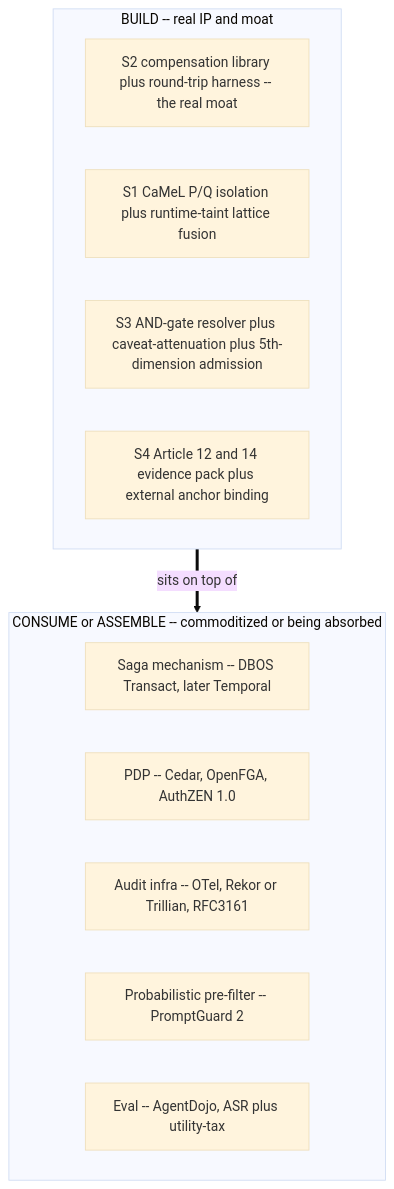
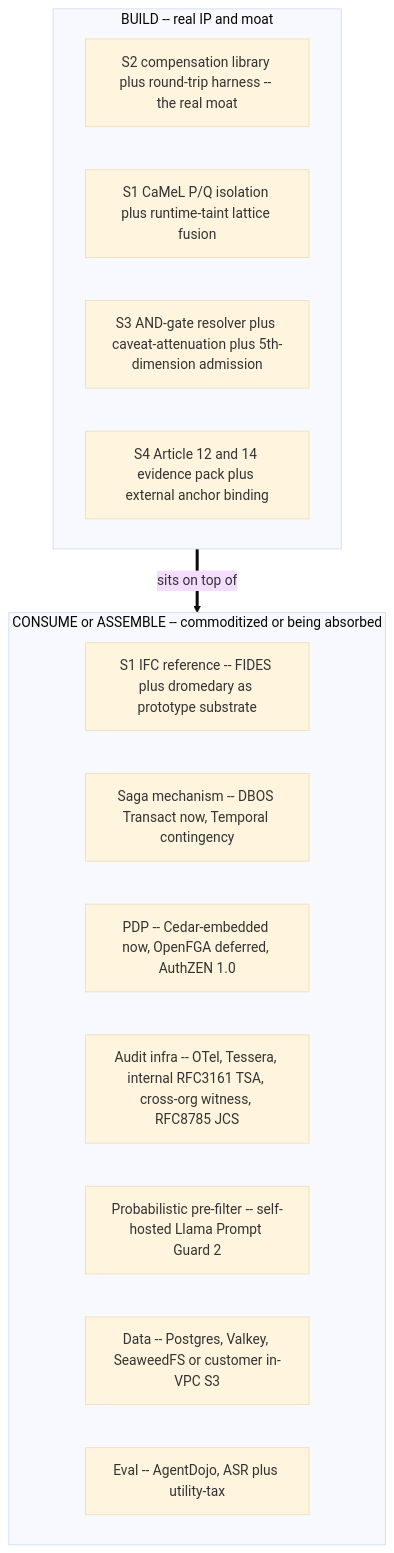
Before and after one commit to HodeTech/provna: the diagram in docs/architecture/build-vs-consume.md, drawn with Mermaid (base theme). The commit also changed other lines of this file and 24 other files, not shown here.

````diff
--- a/docs/architecture/build-vs-consume.md
+++ b/docs/architecture/build-vs-consume.md
@@ -9,17 +9,19 @@
 ```mermaid
 flowchart TB
     subgraph BUILD["BUILD -- real IP and moat"]
         B2["S2 compensation library plus round-trip harness -- the real moat"]
         B1["S1 CaMeL P/Q isolation plus runtime-taint lattice fusion"]
         B3["S3 AND-gate resolver plus caveat-attenuation plus 5th-dimension admission"]
         B4["S4 Article 12 and 14 evidence pack plus external anchor binding"]
     end
     subgraph CONSUME["CONSUME or ASSEMBLE -- commoditized or being absorbed"]
-        C1["Saga mechanism -- DBOS Transact, later Temporal"]
-        C2["PDP -- Cedar, OpenFGA, AuthZEN 1.0"]
-        C3["Audit infra -- OTel, Rekor or Trillian, RFC3161"]
-        C4["Probabilistic pre-filter -- PromptGuard 2"]
+        C0["S1 IFC reference -- FIDES plus dromedary as prototype substrate"]
+        C1["Saga mechanism -- DBOS Transact now, Temporal contingency"]
+        C2["PDP -- Cedar-embedded now, OpenFGA deferred, AuthZEN 1.0"]
+        C3["Audit infra -- OTel, Tessera, internal RFC3161 TSA, cross-org witness, RFC8785 JCS"]
+        C4["Probabilistic pre-filter -- self-hosted Llama Prompt Guard 2"]
+        C6["Data -- Postgres, Valkey, SeaweedFS or customer in-VPC S3"]
         C5["Eval -- AgentDojo, ASR plus utility-tax"]
     end
     BUILD ==>|"sits on top of"| CONSUME
 ```
````
